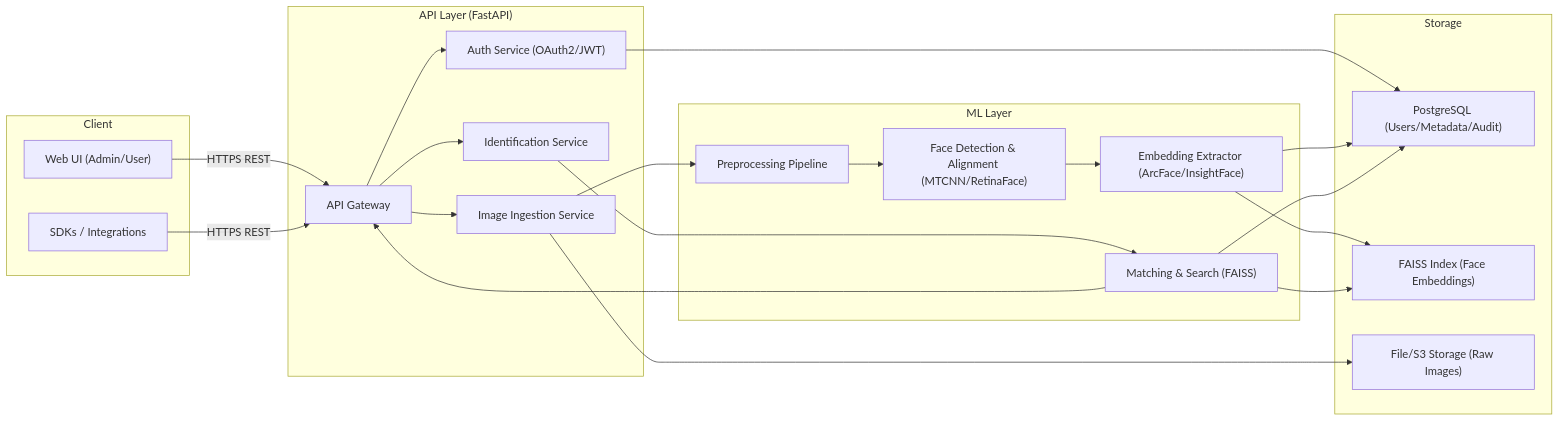
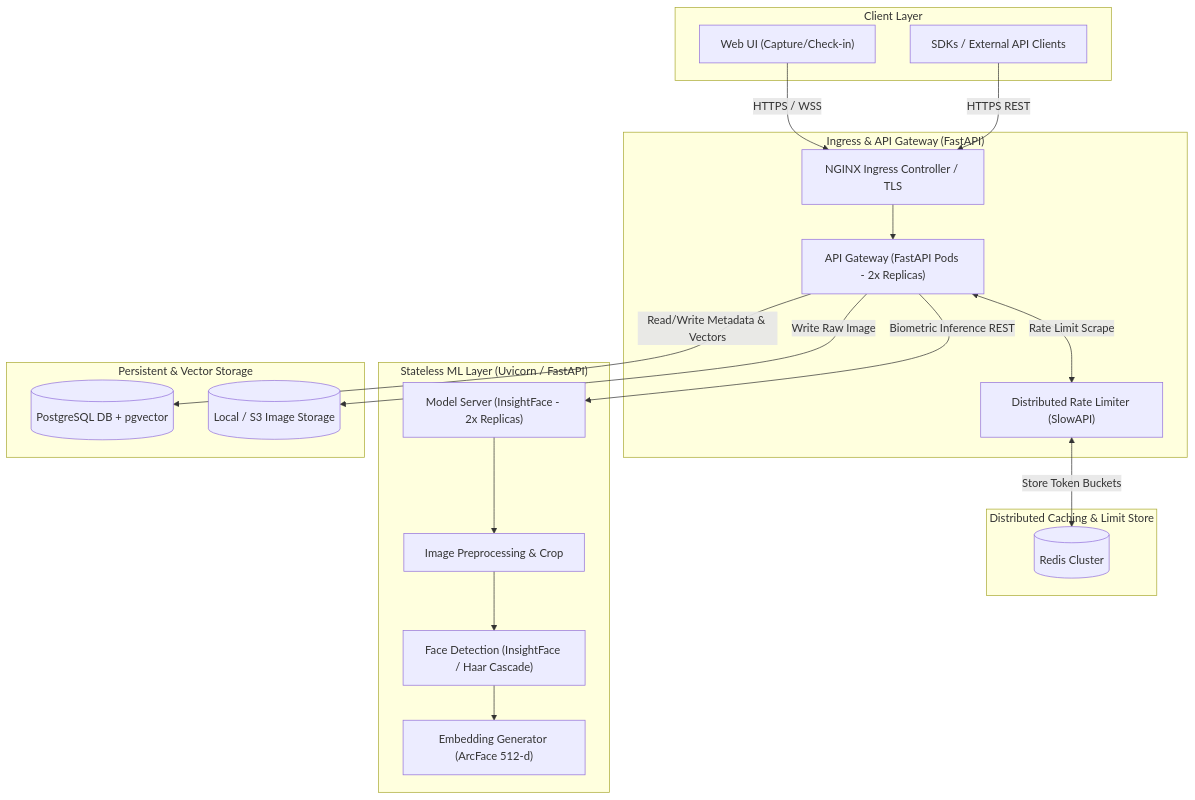
Before and after one commit to facereguniversal/face-reg: the diagram in docs/architecture.md, drawn with Mermaid. The commit also changed other lines of this file and 1 other file, not shown here.

Commit message:
docs: update architecture documentation to reflect stateless model design, pgvector migration, and Redis-backed rate limiting

````diff
--- a/docs/architecture.md
+++ b/docs/architecture.md
@@ -9,41 +9,44 @@
 ```mermaid
-graph LR
-    subgraph Client
-      UI["Web UI (Admin/User)"]
-      SDKs["SDKs / Integrations"]
-    end
-    subgraph API["API Layer (FastAPI)"]
-      APIGW["API Gateway"]
-      Auth["Auth Service (OAuth2/JWT)"]
-      Ingest["Image Ingestion Service"]
-      Identify["Identification Service"]
-    end
-    subgraph ML["ML Layer"]
-      Preproc["Preprocessing Pipeline"]
-      Detect["Face Detection & Alignment (MTCNN/RetinaFace)"]
-      Embed["Embedding Extractor (ArcFace/InsightFace)"]
-      Match["Matching & Search (FAISS)"]
-    end
-    subgraph Storage
-      MetaDB["PostgreSQL (Users/Metadata/Audit)"]
-      VecDB["FAISS Index (Face Embeddings)"]
-      ImgStore["File/S3 Storage (Raw Images)"]
+graph TD
+    subgraph Client ["Client Layer"]
+        UI["Web UI (Capture/Check-in)"]
+        SDK["SDKs / External API Clients"]
     end
 
-    UI -->|HTTPS REST| APIGW
-    SDKs -->|HTTPS REST| APIGW
-    APIGW --> Auth
-    APIGW --> Ingest
-    APIGW --> Identify
-    Auth --> MetaDB
-    Ingest --> ImgStore
-    Ingest --> Preproc
+    subgraph GW ["Ingress & API Gateway (FastAPI)"]
+        Ingress["NGINX Ingress Controller / TLS"]
+        APIGW["API Gateway (FastAPI Pods - 2x Replicas)"]
+        RateLimit["Distributed Rate Limiter (SlowAPI)"]
+    end
+
+    subgraph Cache ["Distributed Caching & Limit Store"]
+        RedisDB[("Redis Cluster")]
+    end
+
+    subgraph ML ["Stateless ML Layer (Uvicorn / FastAPI)"]
+        ModelSrv["Model Server (InsightFace - 2x Replicas)"]
+        Preproc["Image Preprocessing & Crop"]
+        Detect["Face Detection (InsightFace / Haar Cascade)"]
+        Embed["Embedding Generator (ArcFace 512-d)"]
+    end
+
+    subgraph Storage ["Persistent & Vector Storage"]
+        Postgres[("PostgreSQL DB + pgvector")]
+        ImgStore[("Local / S3 Image Storage")]
+    end
+
+    %% Routing
+    UI -->|HTTPS / WSS| Ingress
+    SDK -->|HTTPS REST| Ingress
+    Ingress --> APIGW
+    APIGW <-->|Rate Limit Scrape| RateLimit
+    RateLimit <-->|Store Token Buckets| RedisDB
+    
+    APIGW -->|Biometric Inference REST| ModelSrv
+    ModelSrv --> Preproc
     Preproc --> Detect
     Detect --> Embed
-    Embed --> VecDB
-    Embed --> MetaDB
-    Identify --> Match
-    Match --> VecDB
-    Match --> MetaDB
-    Match --> APIGW
+    
+    APIGW -->|Write Raw Image| ImgStore
+    APIGW -->|Read/Write Metadata & Vectors| Postgres
 ```
````
